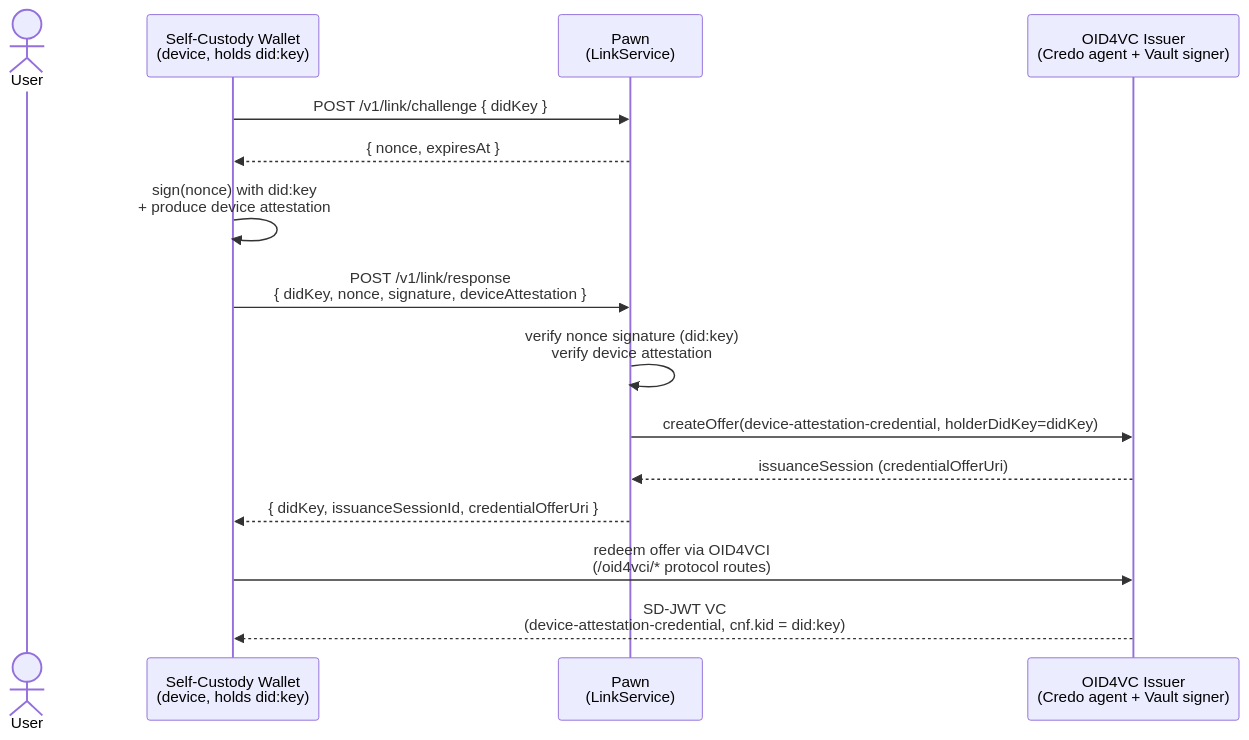
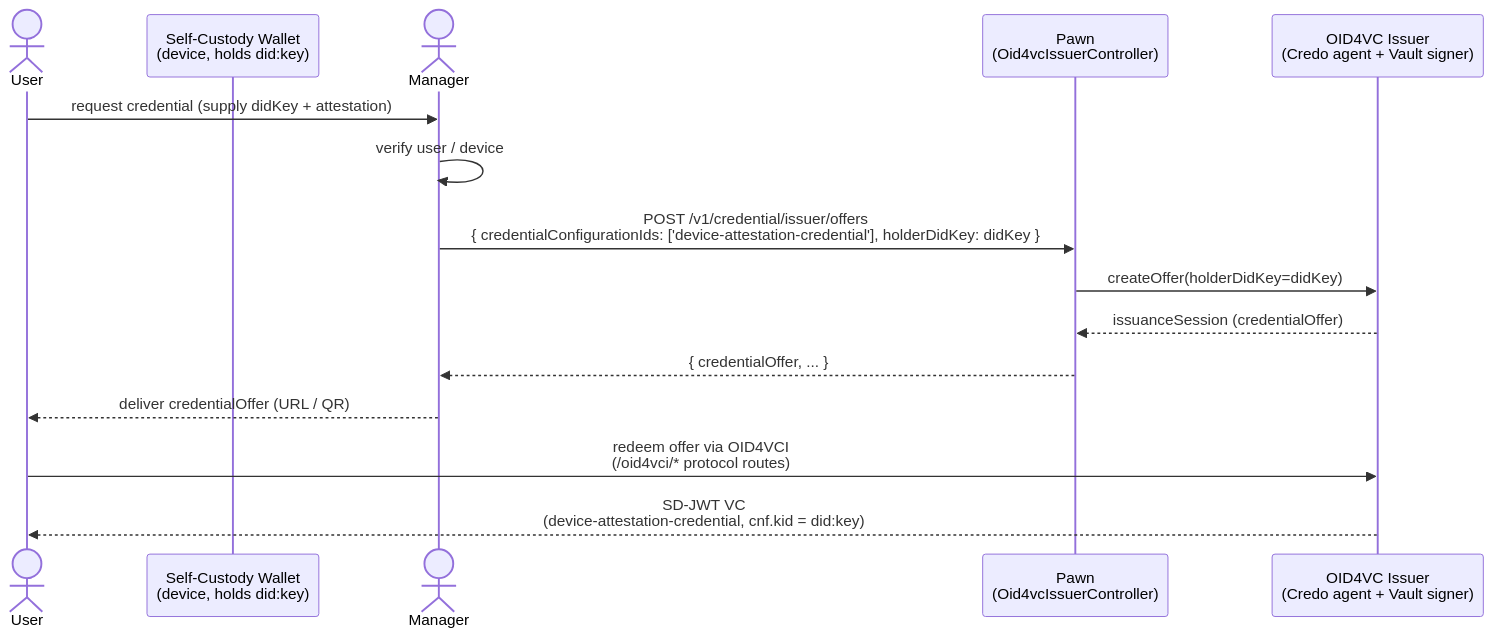
The third of 8 diagrams in SEQUENCE.md (algorandfoundation/intermezzo), drawn with Mermaid before and after one commit. The commit also changed other lines of this file and 9 other files, not shown here.

Commit message:
refactor: remove link module in favor of manager-issued credentials OOB

````diff
--- a/SEQUENCE.md
+++ b/SEQUENCE.md
@@ -64,21 +62,21 @@
 ```mermaid
 sequenceDiagram
     actor User
     participant Wallet as Self-Custody Wallet<br/>(device, holds did:key)
-    participant Pawn as Pawn<br/>(LinkService)
+    actor Manager
+    participant Pawn as Pawn<br/>(Oid4vcIssuerController)
     participant Issuer as OID4VC Issuer<br/>(Credo agent + Vault signer)
 
-    Wallet->>Pawn: POST /v1/link/challenge { didKey }
-    Pawn-->>Wallet: { nonce, expiresAt }
+    User->>Manager: request credential (supply didKey + attestation)
+    Manager->>Manager: verify user / device
+    
+    Manager->>Pawn: POST /v1/credential/issuer/offers<br/>{ credentialConfigurationIds: ['device-attestation-credential'], holderDidKey: didKey }
+    Pawn->>Issuer: createOffer(holderDidKey=didKey)
+    Issuer-->>Pawn: issuanceSession (credentialOffer)
+    Pawn-->>Manager: { credentialOffer, ... }
 
-    Wallet->>Wallet: sign(nonce) with did:key<br/>+ produce device attestation
+    Manager-->>User: deliver credentialOffer (URL / QR)
 
-    Wallet->>Pawn: POST /v1/link/response<br/>{ didKey, nonce, signature, deviceAttestation }
-    Pawn->>Pawn: verify nonce signature (did:key)<br/>verify device attestation
-    Pawn->>Issuer: createOffer(device-attestation-credential, holderDidKey=didKey)
-    Issuer-->>Pawn: issuanceSession (credentialOfferUri)
-    Pawn-->>Wallet: { didKey, issuanceSessionId, credentialOfferUri }
-
-    Wallet->>Issuer: redeem offer via OID4VCI<br/>(/oid4vci/* protocol routes)
-    Issuer-->>Wallet: SD-JWT VC<br/>(device-attestation-credential, cnf.kid = did:key)
+    User->>Issuer: redeem offer via OID4VCI<br/>(/oid4vci/* protocol routes)
+    Issuer-->>User: SD-JWT VC<br/>(device-attestation-credential, cnf.kid = did:key)
 ```
````
